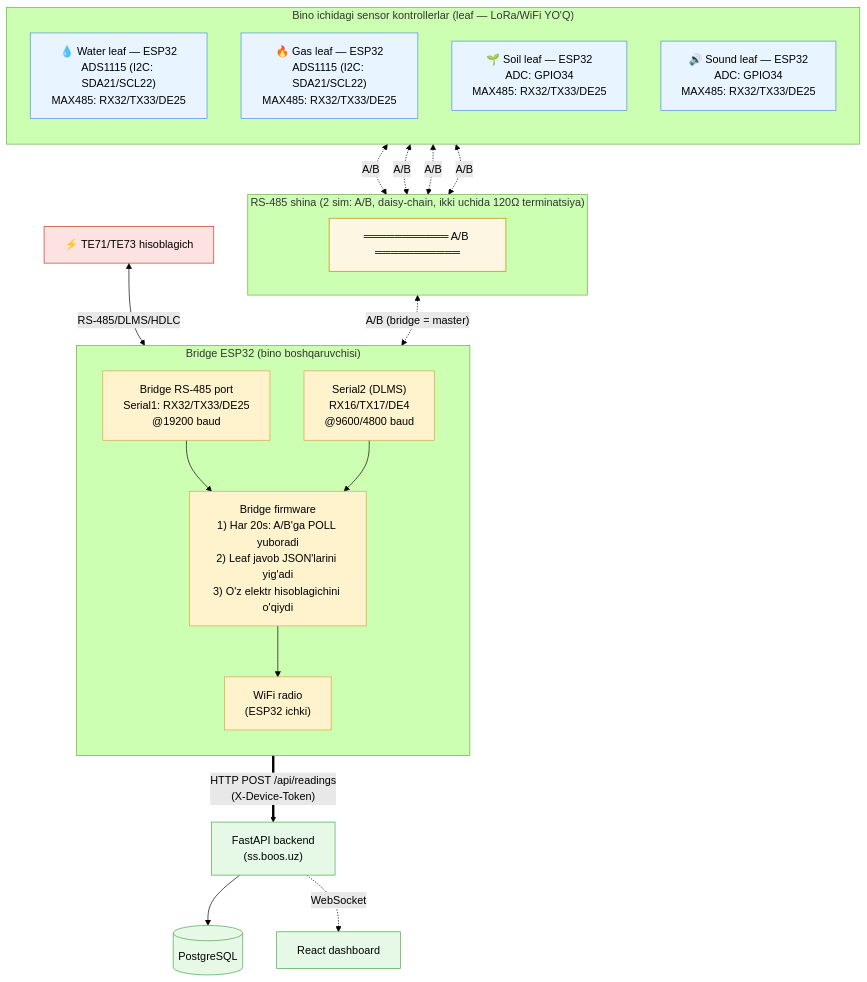
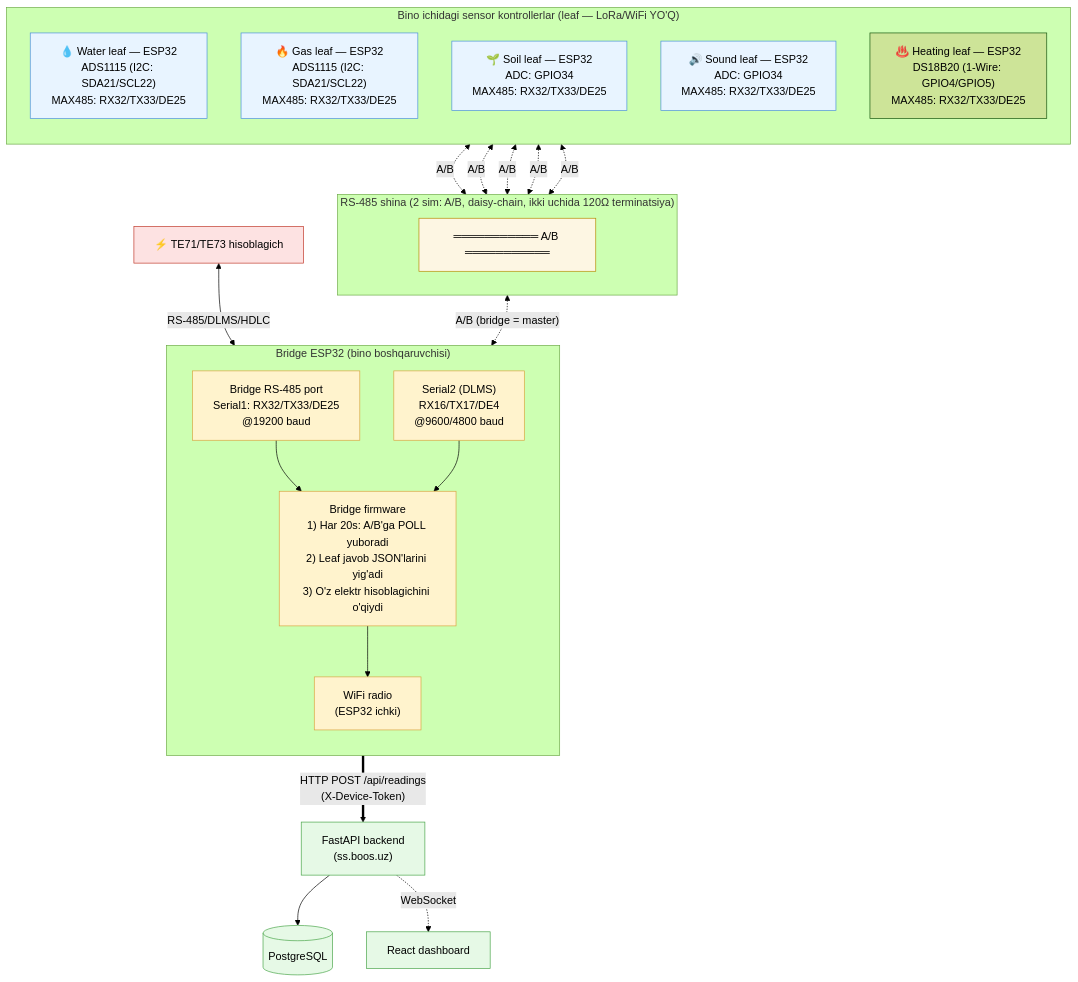
The first of 2 diagrams in iot_v2/ARCHITECTURE.md (Baxrom0311/building-monitoring), drawn with Mermaid (forest theme) before and after one commit. The commit also changed 32 other files, not shown here.

First line of the commit message:
feat: script-agnostic (Latin/Cyrillic) search, UI polish, iot_v2 heating leaf

````diff
--- a/iot_v2/ARCHITECTURE.md
+++ b/iot_v2/ARCHITECTURE.md
@@ -10,48 +10,50 @@
 ```mermaid
 flowchart TB
     subgraph BUS["RS-485 shina (2 sim: A/B, daisy-chain, ikki uchida 120Ω terminatsiya)"]
         direction LR
         RSLINE["═══════════ A/B ═══════════"]
     end
 
     subgraph LEAFS["Bino ichidagi sensor kontrollerlar (leaf — LoRa/WiFi YO'Q)"]
         direction TB
 
         WLEAF["💧 Water leaf — ESP32<br/>ADS1115 (I2C: SDA21/SCL22)<br/>MAX485: RX32/TX33/DE25"]
         GLEAF["🔥 Gas leaf — ESP32<br/>ADS1115 (I2C: SDA21/SCL22)<br/>MAX485: RX32/TX33/DE25"]
         SLEAF["🌱 Soil leaf — ESP32<br/>ADC: GPIO34<br/>MAX485: RX32/TX33/DE25"]
         NDLEAF["🔊 Sound leaf — ESP32<br/>ADC: GPIO34<br/>MAX485: RX32/TX33/DE25"]
+        HLEAF["♨️ Heating leaf — ESP32<br/>DS18B20 (1-Wire: GPIO4/GPIO5)<br/>MAX485: RX32/TX33/DE25"]
     end
 
     WLEAF <-.->|"A/B"| RSLINE
     GLEAF <-.->|"A/B"| RSLINE
     SLEAF <-.->|"A/B"| RSLINE
     NDLEAF <-.->|"A/B"| RSLINE
+    HLEAF <-.->|"A/B"| RSLINE
 
     RSLINE <-.->|"A/B (bridge = master)"| BRPORT["Bridge RS-485 port<br/>Serial1: RX32/TX33/DE25<br/>@19200 baud"]
 
     subgraph BRIDGE["Bridge ESP32 (bino boshqaruvchisi)"]
         direction TB
         BRPORT --> BRCORE["Bridge firmware<br/>1) Har 20s: A/B'ga POLL yuboradi<br/>2) Leaf javob JSON'larini yig'adi<br/>3) O'z elektr hisoblagichini o'qiydi"]
         DLMSPORT["Serial2 (DLMS)<br/>RX16/TX17/DE4<br/>@9600/4800 baud"] --> BRCORE
         BRCORE --> WIFI["WiFi radio<br/>(ESP32 ichki)"]
     end
 
     METER["⚡ TE71/TE73 hisoblagich"] <-->|"RS-485/DLMS/HDLC"| DLMSPORT
 
     WIFI ==>|"HTTP POST /api/readings<br/>(X-Device-Token)"| API["FastAPI backend<br/>(ss.boos.uz)"]
     API --> DB[("PostgreSQL")]
     API -.->|"WebSocket"| WEB["React dashboard"]
 
     classDef leaf fill:#e8f4ff,stroke:#4a90d9,color:#000
     classDef bus fill:#fdf6e3,stroke:#b58900,color:#000
     classDef bridge fill:#fff3cd,stroke:#d9a441,color:#000
     classDef server fill:#e6f9e6,stroke:#4aa54a,color:#000
     classDef meter fill:#fde2e2,stroke:#c0392b,color:#000
 
     class WLEAF,GLEAF,SLEAF,NDLEAF leaf
     class RSLINE bus
     class BRPORT,BRCORE,DLMSPORT,WIFI bridge
     class API,DB,WEB server
     class METER meter
 ```
````
